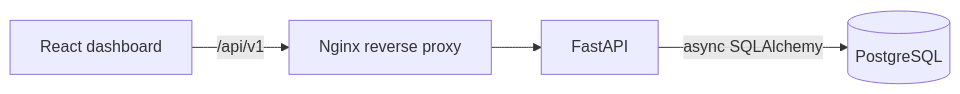
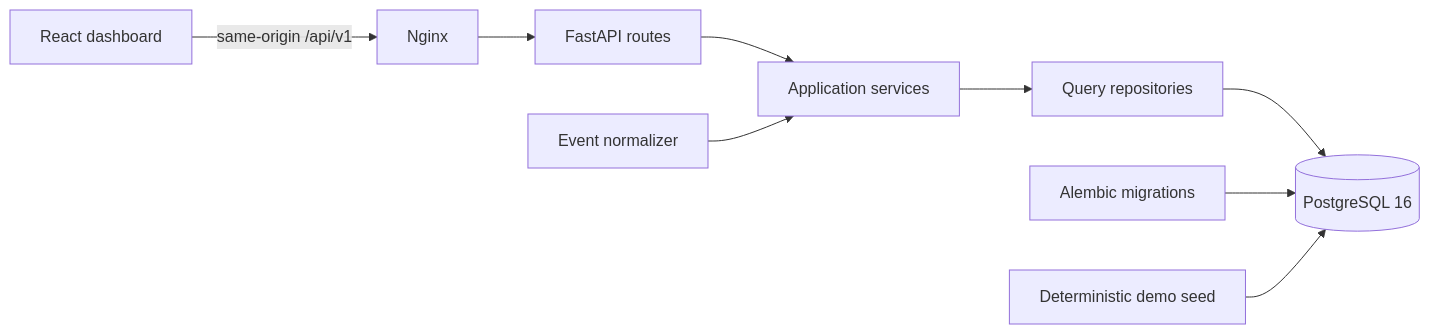
One commit to Mayroskapnos/sentinel-security-platform changed the diagram in README.md. Above: the diagram before and after it, drawn with Mermaid. The commit also changed other lines of this file and 60 other files, not shown here.

````diff
--- a/README.md
+++ b/README.md
@@ -27,6 +30,11 @@
 ```mermaid
 flowchart LR
-    UI[React dashboard] -->|/api/v1| Nginx[Nginx reverse proxy]
-    Nginx --> API[FastAPI]
-    API -->|async SQLAlchemy| DB[(PostgreSQL)]
+    UI[React dashboard] -->|same-origin /api/v1| Proxy[Nginx]
+    Proxy --> Routes[FastAPI routes]
+    Routes --> Services[Application services]
+    Services --> Repositories[Query repositories]
+    Repositories --> DB[(PostgreSQL 16)]
+    Normalizer[Event normalizer] --> Services
+    Alembic[Alembic migrations] --> DB
+    Seed[Deterministic demo seed] --> DB
 ```
````
